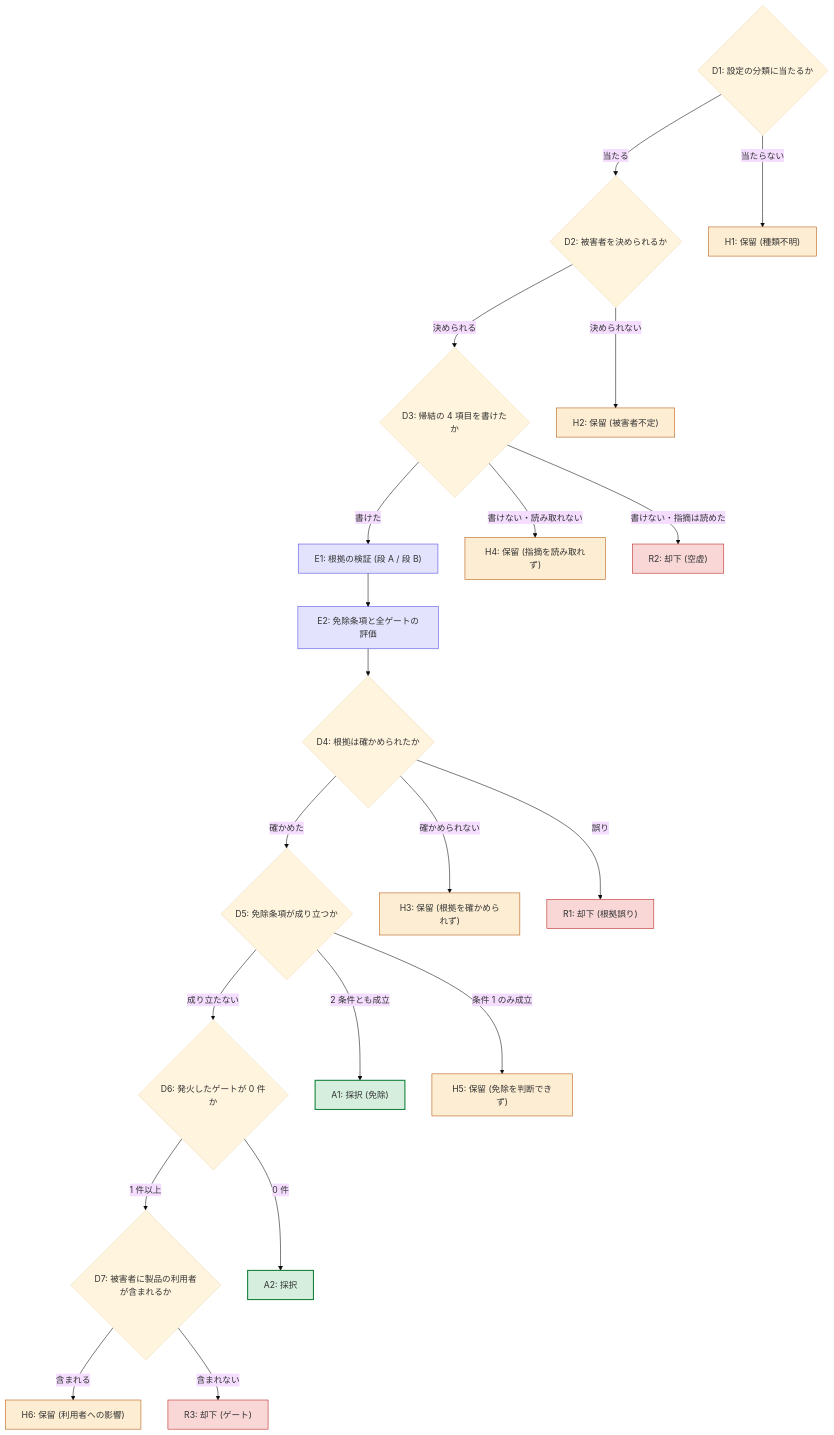
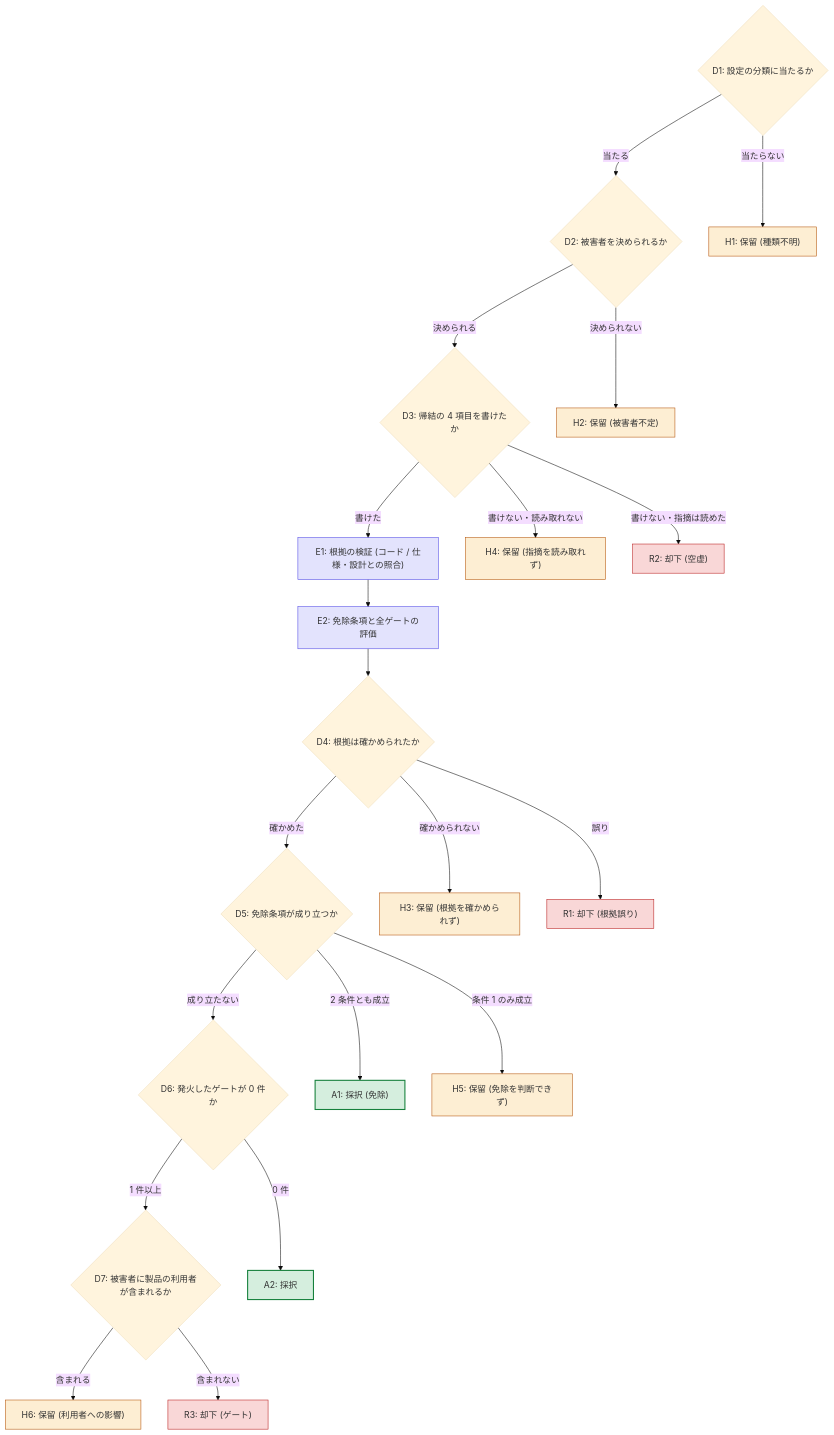
One commit to akm/claude-plugins changed the diagram in review-triage/skills/review-triage/references/judgment-flow.md. Above: the diagram before and after it, drawn with Mermaid (base theme). The commit also changed other lines of this file and 5 other files, not shown here.

````diff
--- a/review-triage/skills/review-triage/references/judgment-flow.md
+++ b/review-triage/skills/review-triage/references/judgment-flow.md
@@ -19,57 +19,57 @@
 ```mermaid
 flowchart TD
   D1{"D1: 設定の分類に当たるか"}
   D2{"D2: 被害者を決められるか"}
   D3{"D3: 帰結の 4 項目を書けたか"}
-  E1["E1: 根拠の検証 (段 A / 段 B)"]
+  E1["E1: 根拠の検証 (コード / 仕様・設計との照合)"]
   E2["E2: 免除条項と全ゲートの評価"]
   D4{"D4: 根拠は確かめられたか"}
   D5{"D5: 免除条項が成り立つか"}
   D6{"D6: 発火したゲートが 0 件か"}
   D7{"D7: 被害者に製品の利用者が含まれるか"}
   A1["A1: 採択 (免除)"]
   A2["A2: 採択"]
   H1["H1: 保留 (種類不明)"]
   H2["H2: 保留 (被害者不定)"]
   H3["H3: 保留 (根拠を確かめられず)"]
   H4["H4: 保留 (指摘を読み取れず)"]
   H5["H5: 保留 (免除を判断できず)"]
   H6["H6: 保留 (利用者への影響)"]
   R1["R1: 却下 (根拠誤り)"]
   R2["R2: 却下 (空虚)"]
   R3["R3: 却下 (ゲート)"]
 
   D1 -- 当たらない --> H1
   D1 -- 当たる --> D2
   D2 -- 決められない --> H2
   D2 -- 決められる --> D3
   D3 -- 書けない・指摘は読めた --> R2
   D3 -- 書けない・読み取れない --> H4
   D3 -- 書けた --> E1
   E1 --> E2
   E2 --> D4
   D4 -- 誤り --> R1
   D4 -- 確かめられない --> H3
   D4 -- 確かめた --> D5
   D5 -- 2 条件とも成立 --> A1
   D5 -- 条件 1 のみ成立 --> H5
   D5 -- 成り立たない --> D6
   D6 -- 0 件 --> A2
   D6 -- 1 件以上 --> D7
   D7 -- 含まれる --> H6
   D7 -- 含まれない --> R3
 
   style A1 fill:#16a34a2e,stroke:#16803c,stroke-width:2px
   style A2 fill:#16a34a2e,stroke:#16803c,stroke-width:2px
   style H1 fill:#f59e0b2e,stroke:#b45309
   style H2 fill:#f59e0b2e,stroke:#b45309
   style H3 fill:#f59e0b2e,stroke:#b45309
   style H4 fill:#f59e0b2e,stroke:#b45309
   style H5 fill:#f59e0b2e,stroke:#b45309
   style H6 fill:#f59e0b2e,stroke:#b45309
   style R1 fill:#dc26262e,stroke:#b91c1c
   style R2 fill:#dc26262e,stroke:#b91c1c
   style R3 fill:#dc26262e,stroke:#b91c1c
   style E1 fill:#6366f12e,stroke:#4f46e5
   style E2 fill:#6366f12e,stroke:#4f46e5
 ```
````
